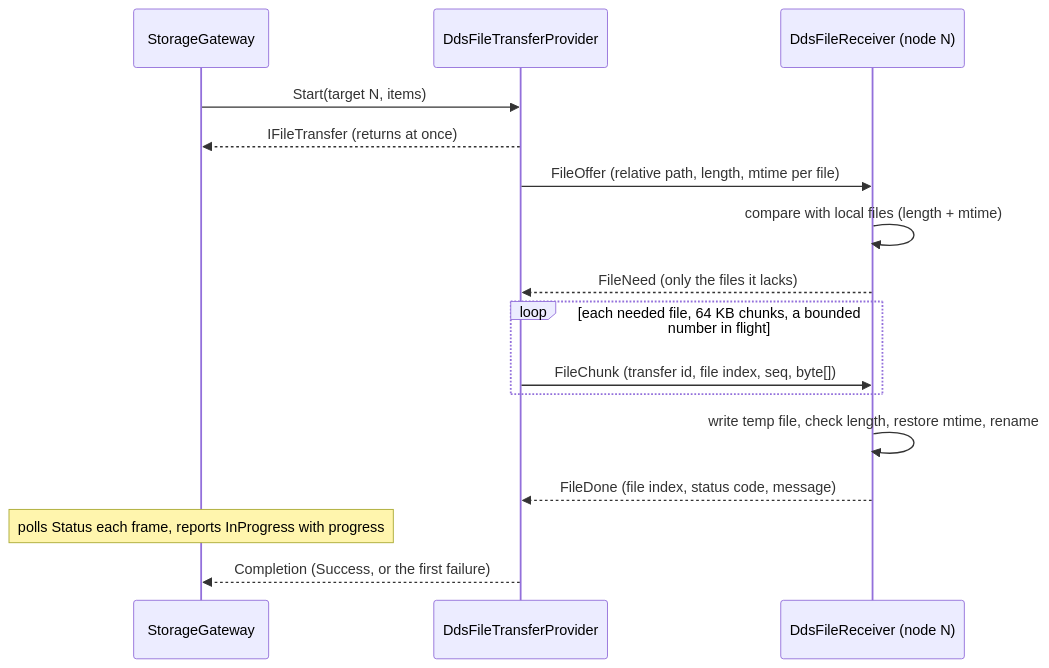
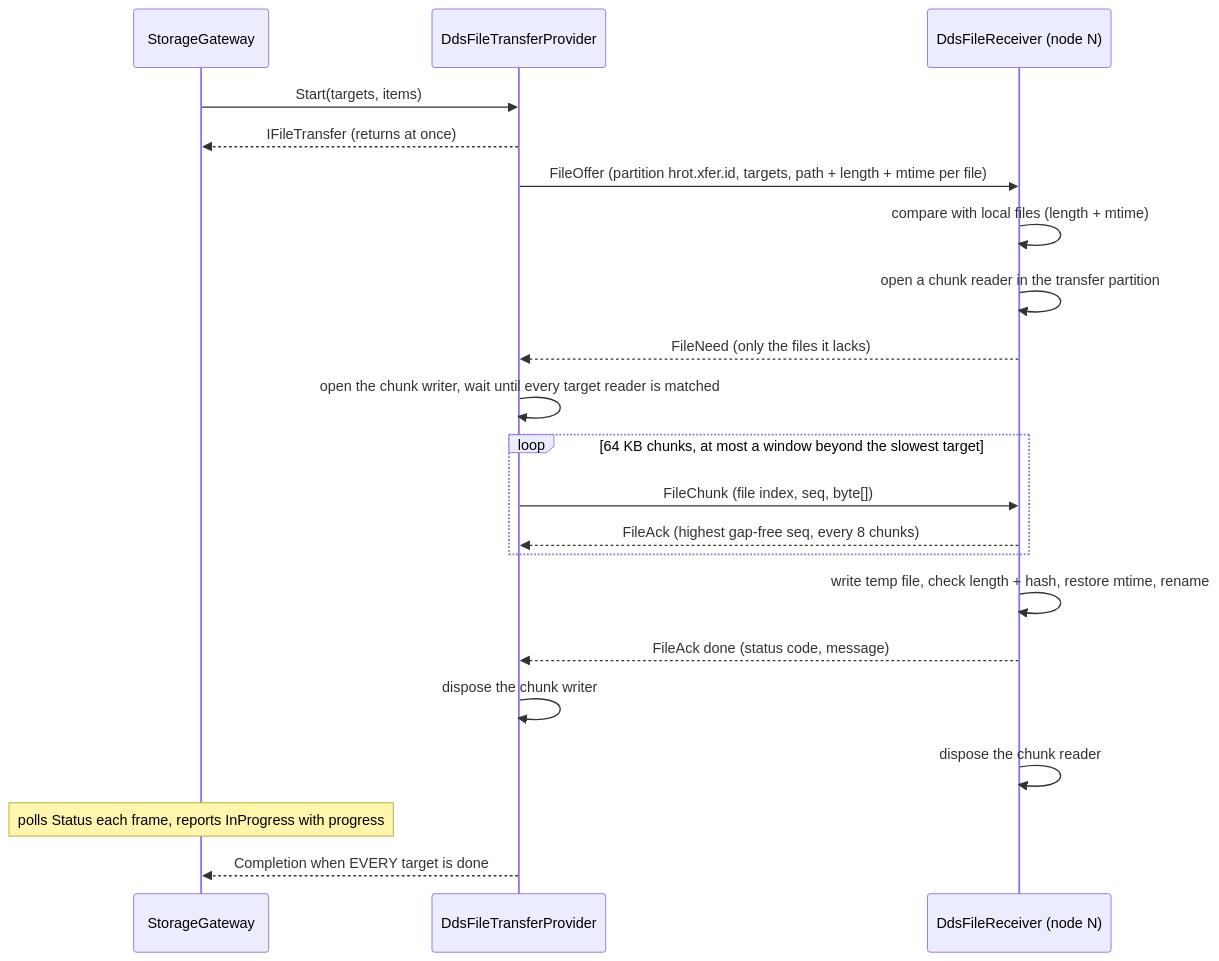
One commit to pjanec/HROT changed the fifth of 5 diagrams in docs/blueprints/Architect_Question_91_Player_Nodes.md. Above: the diagram before and after it, drawn with Mermaid. The commit also changed other lines of this file and 5 other files, not shown here.

````diff
--- a/docs/blueprints/Architect_Question_91_Player_Nodes.md
+++ b/docs/blueprints/Architect_Question_91_Player_Nodes.md
@@ -345,18 +390,23 @@
 ```mermaid
 sequenceDiagram
   participant G as StorageGateway
   participant D as DdsFileTransferProvider
   participant R as DdsFileReceiver (node N)
-  G->>D: Start(target N, items)
+  G->>D: Start(targets, items)
   D-->>G: IFileTransfer (returns at once)
-  D->>R: FileOffer (relative path, length, mtime per file)
+  D->>R: FileOffer (partition hrot.xfer.id, targets, path + length + mtime per file)
   R->>R: compare with local files (length + mtime)
+  R->>R: open a chunk reader in the transfer partition
   R-->>D: FileNeed (only the files it lacks)
-  loop each needed file, 64 KB chunks, a bounded number in flight
-    D->>R: FileChunk (transfer id, file index, seq, byte[])
+  D->>D: open the chunk writer, wait until every target reader is matched
+  loop 64 KB chunks, at most a window beyond the slowest target
+    D->>R: FileChunk (file index, seq, byte[])
+    R-->>D: FileAck (highest gap-free seq, every 8 chunks)
   end
-  R->>R: write temp file, check length, restore mtime, rename
-  R-->>D: FileDone (file index, status code, message)
+  R->>R: write temp file, check length + hash, restore mtime, rename
+  R-->>D: FileAck done (status code, message)
+  D->>D: dispose the chunk writer
+  R->>R: dispose the chunk reader
   Note over G: polls Status each frame, reports InProgress with progress
-  D-->>G: Completion (Success, or the first failure)
+  D-->>G: Completion when EVERY target is done
 ```
````
